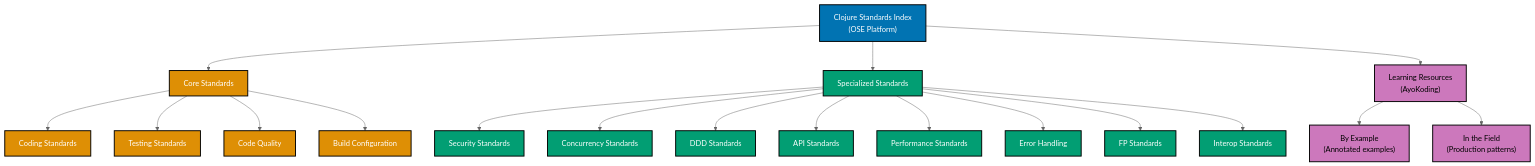
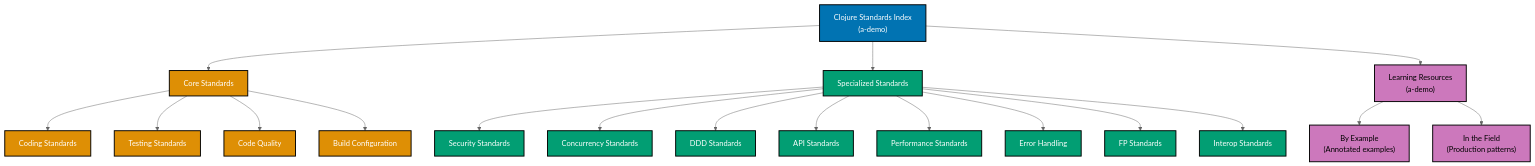
The diagram in docs/explanation/software-engineering/programming-languages/clojure/README.md (wahidyankf/ose-primer), drawn with Mermaid (neutral theme) before and after one commit. The commit also changed other lines of this file and 397 other files, not shown here.

````diff
--- a/docs/explanation/software-engineering/programming-languages/clojure/README.md
+++ b/docs/explanation/software-engineering/programming-languages/clojure/README.md
@@ -177,36 +177,36 @@
 ```mermaid
 %% Color Palette: Blue #0173B2, Orange #DE8F05, Teal #029E73, Purple #CC78BC
 %% All colors are color-blind friendly and meet WCAG AA contrast standards
 
 graph TD
-    A["Clojure Standards Index<br/>(OSE Platform)"]:::blue
+    A["Clojure Standards Index<br/>(a-demo)"]:::blue
     B["Core Standards"]:::orange
     C["Specialized Standards"]:::teal
-    D["Learning Resources<br/>(AyoKoding)"]:::purple
+    D["Learning Resources<br/>(a-demo)"]:::purple
 
     A --> B
     A --> C
     A --> D
 
     B --> E["Coding Standards"]:::orange
     B --> F["Testing Standards"]:::orange
     B --> G["Code Quality"]:::orange
     B --> H["Build Configuration"]:::orange
 
     C --> I["Security Standards"]:::teal
     C --> J["Concurrency Standards"]:::teal
     C --> K["DDD Standards"]:::teal
     C --> L["API Standards"]:::teal
     C --> M["Performance Standards"]:::teal
     C --> N["Error Handling"]:::teal
     C --> O["FP Standards"]:::teal
     C --> P["Interop Standards"]:::teal
 
     D --> Q["By Example<br/>(Annotated examples)"]:::purple
     D --> R["In the Field<br/>(Production patterns)"]:::purple
 
     classDef blue fill:#0173B2,stroke:#000000,color:#FFFFFF,stroke-width:2px
     classDef orange fill:#DE8F05,stroke:#000000,color:#FFFFFF,stroke-width:2px
     classDef teal fill:#029E73,stroke:#000000,color:#FFFFFF,stroke-width:2px
     classDef purple fill:#CC78BC,stroke:#000000,color:#000000,stroke-width:2px
 ```
````
